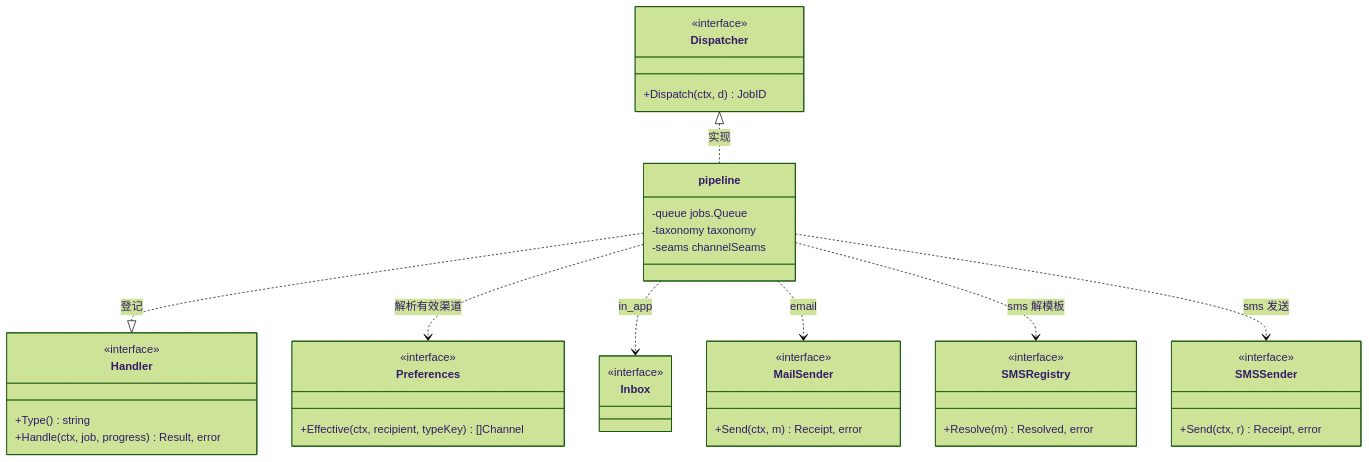
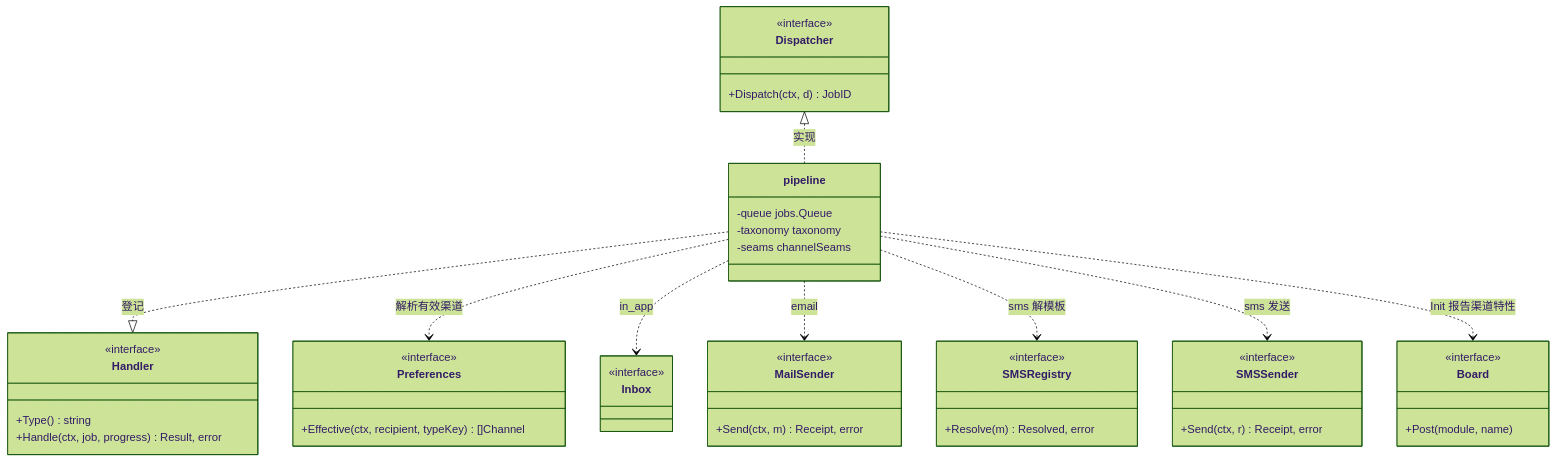
One commit to wangzw/speed changed the second of 2 diagrams in docs/design/modules/notification/design-notification-delivery.md. Above: the diagram before and after it, drawn with Mermaid (forest theme). The commit also changed other lines of this file and 38 other files, not shown here.

````diff
--- a/docs/design/modules/notification/design-notification-delivery.md
+++ b/docs/design/modules/notification/design-notification-delivery.md
@@ -144,43 +160,48 @@
 ```mermaid
 classDiagram
     class Dispatcher {
         <<interface>>
         +Dispatch(ctx, d) JobID
     }
     class Handler {
         <<interface>>
         +Type() string
         +Handle(ctx, job, progress) Result, error
     }
     class Preferences {
         <<interface>>
         +Effective(ctx, recipient, typeKey) []Channel
     }
     class Inbox {
         <<interface>>
     }
     class MailSender {
         <<interface>>
         +Send(ctx, m) Receipt, error
     }
     class SMSRegistry {
         <<interface>>
         +Resolve(m) Resolved, error
     }
     class SMSSender {
         <<interface>>
         +Send(ctx, r) Receipt, error
     }
+    class Board {
+        <<interface>>
+        +Post(module, name)
+    }
     class pipeline {
         -queue jobs.Queue
         -taxonomy taxonomy
         -seams channelSeams
     }
     Dispatcher <|.. pipeline : 实现
     pipeline ..|> Handler : 登记
     pipeline ..> Preferences : 解析有效渠道
     pipeline ..> Inbox : in_app
     pipeline ..> MailSender : email
     pipeline ..> SMSRegistry : sms 解模板
     pipeline ..> SMSSender : sms 发送
+    pipeline ..> Board : Init 报告渠道特性
 ```
````
